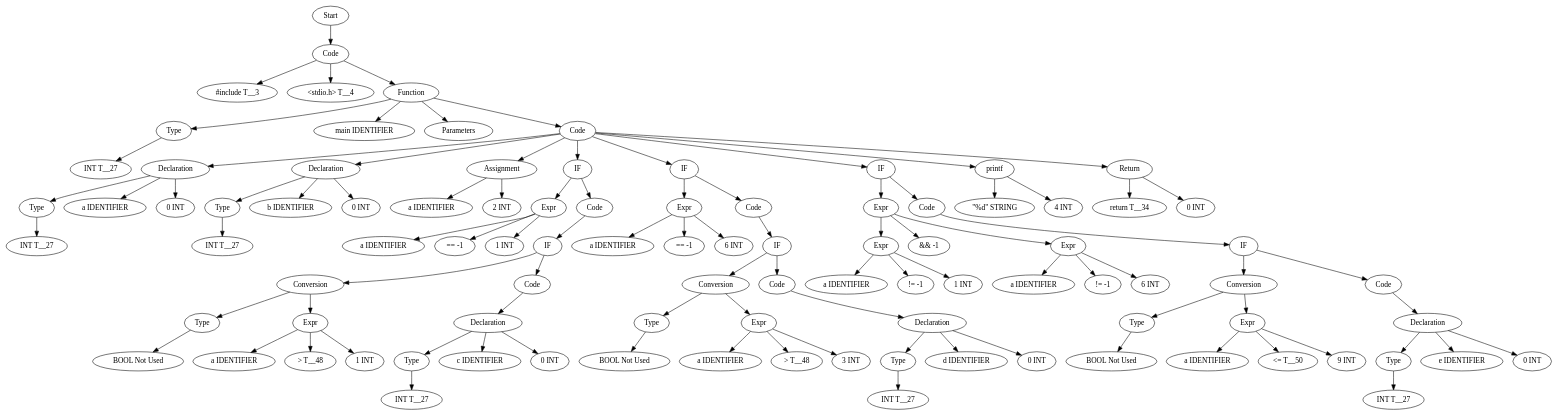
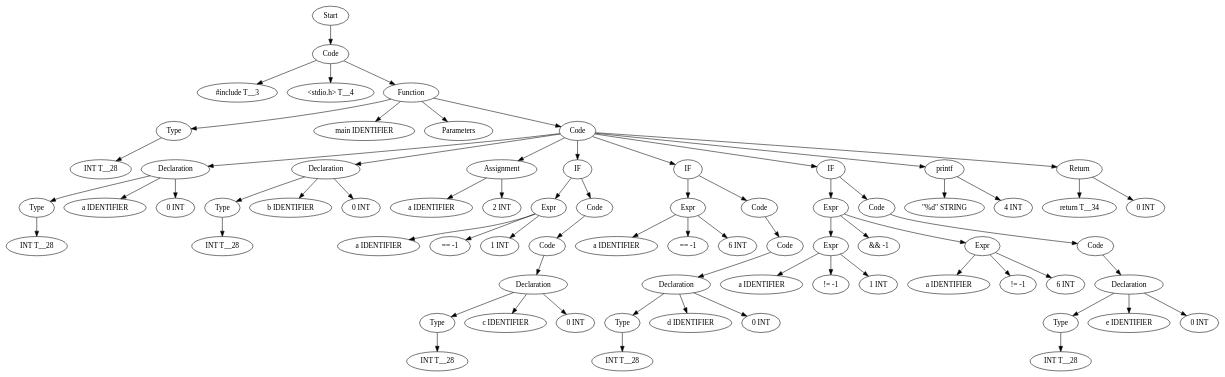
The diagram in TestCases/ASTTests/SwitchTests/createTests/read_file_after.dot (Are-you-listening/Compilers), drawn with Graphviz before and after one commit. The commit also changed 340 other files, not shown here.

```diff
--- a/TestCases/ASTTests/SwitchTests/createTests/read_file_after.dot
+++ b/TestCases/ASTTests/SwitchTests/createTests/read_file_after.dot
@@ -1,191 +1,143 @@
 digraph AST {
-  "138215739825872" [label="Start"];
-  "138215739825872" -> "138215739818960";
-  "138215739818960" [label="Code"];
-  "138215739818960" -> "138215739989520";
-  "138215739818960" -> "138215739986640";
-  "138215739818960" -> "138215739984864";
-  "138215739989520" [label="#include T__3"];
-  "138215739986640" [label="<stdio.h> T__4"];
-  "138215739984864" [label="Function"];
-  "138215739984864" -> "138215739984432";
-  "138215739984864" -> "138215739985152";
-  "138215739984864" -> "138215739990912";
-  "138215739984864" -> "138215739992544";
-  "138215739984432" [label="Type"];
-  "138215739984432" -> "138215739988464";
-  "138215739988464" [label="INT T__27"];
-  "138215739985152" [label="main IDENTIFIER"];
-  "138215739990912" [label="Parameters"];
-  "138215739992544" [label="Code"];
-  "138215739992544" -> "138215739989424";
-  "138215739992544" -> "138215739990192";
-  "138215739992544" -> "138215739985296";
-  "138215739992544" -> "138215739984240";
-  "138215739992544" -> "138215739985200";
-  "138215739992544" -> "138215739990240";
-  "138215739992544" -> "138215739994080";
-  "138215739992544" -> "138215739982608";
-  "138215739989424" [label="Declaration"];
-  "138215739989424" -> "138215739990960";
-  "138215739989424" -> "138215739985824";
-  "138215739989424" -> "138215739987360";
-  "138215739990960" [label="Type"];
-  "138215739990960" -> "138215739985584";
-  "138215739985584" [label="INT T__27"];
-  "138215739985824" [label="a IDENTIFIER"];
-  "138215739987360" [label="0 INT"];
-  "138215739990192" [label="Declaration"];
-  "138215739990192" -> "138215739988800";
-  "138215739990192" -> "138215739991440";
-  "138215739990192" -> "138215739986208";
-  "138215739988800" [label="Type"];
-  "138215739988800" -> "138215739985776";
-  "138215739985776" [label="INT T__27"];
-  "138215739991440" [label="b IDENTIFIER"];
-  "138215739986208" [label="0 INT"];
-  "138215739985296" [label="Assignment"];
-  "138215739985296" -> "138215739984720";
-  "138215739985296" -> "138215739987264";
-  "138215739984720" [label="a IDENTIFIER"];
-  "138215739987264" [label="2 INT"];
-  "138215739984240" [label="IF"];
-  "138215739984240" -> "138215739986736";
-  "138215739984240" -> "138215739986592";
-  "138215739986736" [label="Expr"];
-  "138215739986736" -> "138215739989808";
-  "138215739986736" -> "138215739988560";
-  "138215739986736" -> "138215739989760";
-  "138215739989808" [label="a IDENTIFIER"];
-  "138215739988560" [label="== -1"];
-  "138215739989760" [label="1 INT"];
-  "138215739986592" [label="Code"];
-  "138215739986592" -> "138215739987696";
-  "138215739987696" [label="IF"];
-  "138215739987696" -> "138215739992304";
-  "138215739987696" -> "138215739989712";
-  "138215739992304" [label="Conversion"];
-  "138215739992304" -> "138215739983040";
-  "138215739992304" -> "138215739988656";
-  "138215739983040" [label="Type"];
-  "138215739983040" -> "138215739993264";
-  "138215739993264" [label="BOOL Not Used"];
-  "138215739988656" [label="Expr"];
-  "138215739988656" -> "138215739987024";
-  "138215739988656" -> "138215739991056";
-  "138215739988656" -> "138215739982896";
-  "138215739987024" [label="a IDENTIFIER"];
-  "138215739991056" [label="> T__48"];
-  "138215739982896" [label="1 INT"];
-  "138215739989712" [label="Code"];
-  "138215739989712" -> "138215739991824";
-  "138215739991824" [label="Declaration"];
-  "138215739991824" -> "138215739992256";
-  "138215739991824" -> "138215739992928";
-  "138215739991824" -> "138215739991584";
-  "138215739992256" [label="Type"];
-  "138215739992256" -> "138215739989904";
-  "138215739989904" [label="INT T__27"];
-  "138215739992928" [label="c IDENTIFIER"];
-  "138215739991584" [label="0 INT"];
-  "138215739985200" [label="IF"];
-  "138215739985200" -> "138215739987648";
-  "138215739985200" -> "138215739987072";
-  "138215739987648" [label="Expr"];
-  "138215739987648" -> "138215739994464";
-  "138215739987648" -> "138215739993552";
-  "138215739987648" -> "138215739993744";
-  "138215739994464" [label="a IDENTIFIER"];
-  "138215739993552" [label="== -1"];
-  "138215739993744" [label="6 INT"];
-  "138215739987072" [label="Code"];
-  "138215739987072" -> "138215739994320";
-  "138215739994320" [label="IF"];
-  "138215739994320" -> "138215739994272";
-  "138215739994320" -> "138215739994512";
-  "138215739994272" [label="Conversion"];
-  "138215739994272" -> "138215739994608";
-  "138215739994272" -> "138215739995184";
-  "138215739994608" [label="Type"];
-  "138215739994608" -> "138215739995376";
-  "138215739995376" [label="BOOL Not Used"];
-  "138215739995184" [label="Expr"];
-  "138215739995184" -> "138215739993984";
-  "138215739995184" -> "138215739992688";
-  "138215739995184" -> "138215739983232";
-  "138215739993984" [label="a IDENTIFIER"];
-  "138215739992688" [label="> T__48"];
-  "138215739983232" [label="3 INT"];
-  "138215739994512" [label="Code"];
-  "138215739994512" -> "138215739982416";
-  "138215739982416" [label="Declaration"];
-  "138215739982416" -> "138215739982080";
-  "138215739982416" -> "138215739993360";
-  "138215739982416" -> "138215739991776";
-  "138215739982080" [label="Type"];
-  "138215739982080" -> "138215739994032";
-  "138215739994032" [label="INT T__27"];
-  "138215739993360" [label="d IDENTIFIER"];
-  "138215739991776" [label="0 INT"];
-  "138215739990240" [label="IF"];
-  "138215739990240" -> "138215739994416";
-  "138215739990240" -> "138215739995280";
-  "138215739994416" [label="Expr"];
-  "138215739994416" -> "138215739983328";
-  "138215739994416" -> "138215739994128";
-  "138215739994416" -> "138215739995136";
-  "138215739983328" [label="Expr"];
-  "138215739983328" -> "138215739994992";
-  "138215739983328" -> "138215739995040";
-  "138215739983328" -> "138215739994944";
-  "138215739994992" [label="a IDENTIFIER"];
-  "138215739995040" [label="!= -1"];
-  "138215739994944" [label="1 INT"];
-  "138215739994128" [label="&& -1"];
-  "138215739995136" [label="Expr"];
-  "138215739995136" -> "138215739982704";
-  "138215739995136" -> "138215739983664";
-  "138215739995136" -> "138215739991728";
-  "138215739982704" [label="a IDENTIFIER"];
-  "138215739983664" [label="!= -1"];
-  "138215739991728" [label="6 INT"];
-  "138215739995280" [label="Code"];
-  "138215739995280" -> "138215739991968";
-  "138215739991968" [label="IF"];
-  "138215739991968" -> "138215739982368";
-  "138215739991968" -> "138215739995232";
-  "138215739982368" [label="Conversion"];
-  "138215739982368" -> "138215739996096";
-  "138215739982368" -> "138215739996240";
-  "138215739996096" [label="Type"];
-  "138215739996096" -> "138215739996288";
-  "138215739996288" [label="BOOL Not Used"];
-  "138215739996240" [label="Expr"];
-  "138215739996240" -> "138215739996480";
-  "138215739996240" -> "138215739996144";
-  "138215739996240" -> "138215739996192";
-  "138215739996480" [label="a IDENTIFIER"];
-  "138215739996144" [label="<= T__50"];
-  "138215739996192" [label="9 INT"];
-  "138215739995232" [label="Code"];
-  "138215739995232" -> "138215739996048";
-  "138215739996048" [label="Declaration"];
-  "138215739996048" -> "138215739995856";
-  "138215739996048" -> "138215739995712";
-  "138215739996048" -> "138215739995808";
-  "138215739995856" [label="Type"];
-  "138215739995856" -> "138215739995760";
-  "138215739995760" [label="INT T__27"];
-  "138215739995712" [label="e IDENTIFIER"];
-  "138215739995808" [label="0 INT"];
-  "138215739994080" [label="printf"];
-  "138215739994080" -> "138215739982800";
-  "138215739994080" -> "138215739996576";
-  "138215739982800" [label="\"%d\" STRING"];
-  "138215739996576" [label="4 INT"];
-  "138215739982608" [label="Return"];
-  "138215739982608" -> "138215739995472";
-  "138215739982608" -> "138215739995424";
-  "138215739995472" [label="return T__34"];
-  "138215739995424" [label="0 INT"];
+  "132066147731696" [label="Start"];
+  "132066147731696" -> "132066147745040";
+  "132066147745040" [label="Code"];
+  "132066147745040" -> "132066147734096";
+  "132066147745040" -> "132066147744272";
+  "132066147745040" -> "132066147743504";
+  "132066147734096" [label="#include T__3"];
+  "132066147744272" [label="<stdio.h> T__4"];
+  "132066147743504" [label="Function"];
+  "132066147743504" -> "132066147732896";
+  "132066147743504" -> "132066147734384";
+  "132066147743504" -> "132066147745424";
+  "132066147743504" -> "132066147732032";
+  "132066147732896" [label="Type"];
+  "132066147732896" -> "132066147733088";
+  "132066147733088" [label="INT T__28"];
+  "132066147734384" [label="main IDENTIFIER"];
+  "132066147745424" [label="Parameters"];
+  "132066147732032" [label="Code"];
+  "132066147732032" -> "132066147731744";
+  "132066147732032" -> "132066147731792";
+  "132066147732032" -> "132066147729920";
+  "132066147732032" -> "132066147743744";
+  "132066147732032" -> "132066147743600";
+  "132066147732032" -> "132066147745760";
+  "132066147732032" -> "132066147734864";
+  "132066147732032" -> "132066147743120";
+  "132066147731744" [label="Declaration"];
+  "132066147731744" -> "132066147731648";
+  "132066147731744" -> "132066147731888";
+  "132066147731744" -> "132066147732272";
+  "132066147731648" [label="Type"];
+  "132066147731648" -> "132066147731600";
+  "132066147731600" [label="INT T__28"];
+  "132066147731888" [label="a IDENTIFIER"];
+  "132066147732272" [label="0 INT"];
+  "132066147731792" [label="Declaration"];
+  "132066147731792" -> "132066147732320";
+  "132066147731792" -> "132066147732848";
+  "132066147731792" -> "132066147743696";
+  "132066147732320" [label="Type"];
+  "132066147732320" -> "132066147743648";
+  "132066147743648" [label="INT T__28"];
+  "132066147732848" [label="b IDENTIFIER"];
+  "132066147743696" [label="0 INT"];
+  "132066147729920" [label="Assignment"];
+  "132066147729920" -> "132066147743792";
+  "132066147729920" -> "132066147743840";
+  "132066147743792" [label="a IDENTIFIER"];
+  "132066147743840" [label="2 INT"];
+  "132066147743744" [label="IF"];
+  "132066147743744" -> "132066147744128";
+  "132066147743744" -> "132066147734816";
+  "132066147744128" [label="Expr"];
+  "132066147744128" -> "132066147733040";
+  "132066147744128" -> "132066147733136";
+  "132066147744128" -> "132066147732752";
+  "132066147733040" [label="a IDENTIFIER"];
+  "132066147733136" [label="== -1"];
+  "132066147732752" [label="1 INT"];
+  "132066147734816" [label="Code"];
+  "132066147734816" -> "132066147741392";
+  "132066147741392" [label="Code"];
+  "132066147741392" -> "132066147744608";
+  "132066147744608" [label="Declaration"];
+  "132066147744608" -> "132066147733808";
+  "132066147744608" -> "132066147733424";
+  "132066147744608" -> "132066147733712";
+  "132066147733808" [label="Type"];
+  "132066147733808" -> "132066147733952";
+  "132066147733952" [label="INT T__28"];
+  "132066147733424" [label="c IDENTIFIER"];
+  "132066147733712" [label="0 INT"];
+  "132066147743600" [label="IF"];
+  "132066147743600" -> "132066147743072";
+  "132066147743600" -> "132066147733232";
+  "132066147743072" [label="Expr"];
+  "132066147743072" -> "132066147733904";
+  "132066147743072" -> "132066147733856";
+  "132066147743072" -> "132066147743216";
+  "132066147733904" [label="a IDENTIFIER"];
+  "132066147733856" [label="== -1"];
+  "132066147743216" [label="6 INT"];
+  "132066147733232" [label="Code"];
+  "132066147733232" -> "132066147735008";
+  "132066147735008" [label="Code"];
+  "132066147735008" -> "132066147734720";
+  "132066147734720" [label="Declaration"];
+  "132066147734720" -> "132066147742736";
+  "132066147734720" -> "132066147743360";
+  "132066147734720" -> "132066147733760";
+  "132066147742736" [label="Type"];
+  "132066147742736" -> "132066147743168";
+  "132066147743168" [label="INT T__28"];
+  "132066147743360" [label="d IDENTIFIER"];
+  "132066147733760" [label="0 INT"];
+  "132066147745760" [label="IF"];
+  "132066147745760" -> "132066147734912";
+  "132066147745760" -> "132066147732800";
+  "132066147734912" [label="Expr"];
+  "132066147734912" -> "132066147744464";
+  "132066147734912" -> "132066147745568";
+  "132066147734912" -> "132066147745616";
+  "132066147744464" [label="Expr"];
+  "132066147744464" -> "132066147742784";
+  "132066147744464" -> "132066147742496";
+  "132066147744464" -> "132066147741776";
+  "132066147742784" [label="a IDENTIFIER"];
+  "132066147742496" [label="!= -1"];
+  "132066147741776" [label="1 INT"];
+  "132066147745568" [label="&& -1"];
+  "132066147745616" [label="Expr"];
+  "132066147745616" -> "132066147732560";
+  "132066147745616" -> "132066147742976";
+  "132066147745616" -> "132066147741536";
+  "132066147732560" [label="a IDENTIFIER"];
+  "132066147742976" [label="!= -1"];
+  "132066147741536" [label="6 INT"];
+  "132066147732800" [label="Code"];
+  "132066147732800" -> "132066147737456";
+  "132066147737456" [label="Code"];
+  "132066147737456" -> "132066147744800";
+  "132066147744800" [label="Declaration"];
+  "132066147744800" -> "132066147744944";
+  "132066147744800" -> "132066147742592";
+  "132066147744800" -> "132066147744848";
+  "132066147744944" [label="Type"];
+  "132066147744944" -> "132066147744704";
+  "132066147744704" [label="INT T__28"];
+  "132066147742592" [label="e IDENTIFIER"];
+  "132066147744848" [label="0 INT"];
+  "132066147734864" [label="printf"];
+  "132066147734864" -> "132066147744032";
+  "132066147734864" -> "132066147731264";
+  "132066147744032" [label="\"%d\" STRING"];
+  "132066147731264" [label="4 INT"];
+  "132066147743120" [label="Return"];
+  "132066147743120" -> "132066147733184";
+  "132066147743120" -> "132066147732992";
+  "132066147733184" [label="return T__34"];
+  "132066147732992" [label="0 INT"];
 }
```
